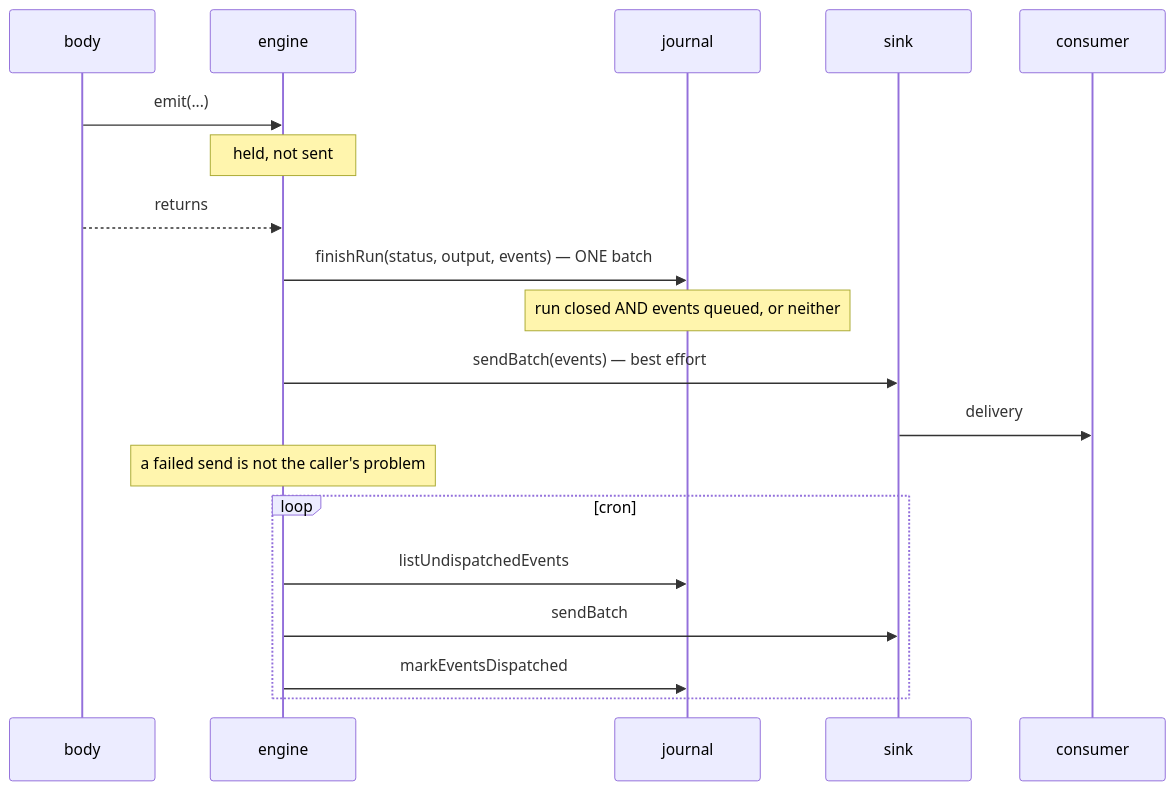
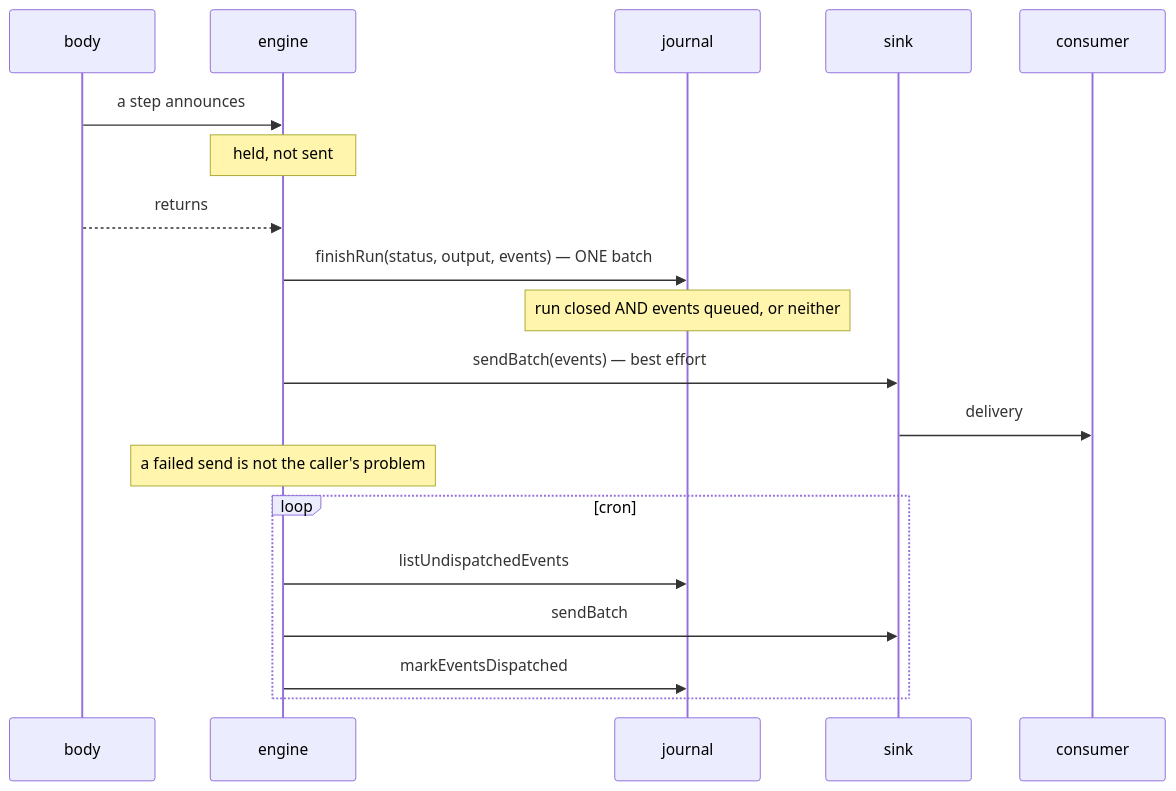
The diagram in docs/design.md (bayraak/sagaflow), drawn with Mermaid before and after one commit. The commit also changed other lines of this file and 14 other files, not shown here.

````diff
--- a/docs/design.md
+++ b/docs/design.md
@@ -84,21 +84,21 @@
 ```mermaid
 sequenceDiagram
   participant B as body
   participant E as engine
   participant J as journal
   participant S as sink
   participant C as consumer
-  B->>E: emit(...)
+  B->>E: a step announces
   Note over E: held, not sent
   B-->>E: returns
   E->>J: finishRun(status, output, events) — ONE batch
   Note over J: run closed AND events queued, or neither
   E->>S: sendBatch(events) — best effort
   S->>C: delivery
   Note over E: a failed send is not the caller's problem
   loop cron
     E->>J: listUndispatchedEvents
     E->>S: sendBatch
     E->>J: markEventsDispatched
   end
 ```
````
